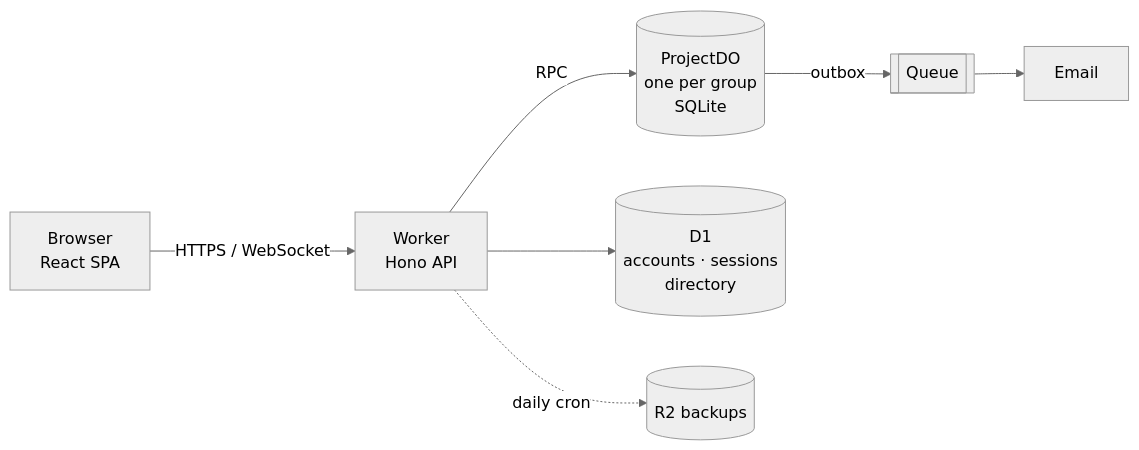
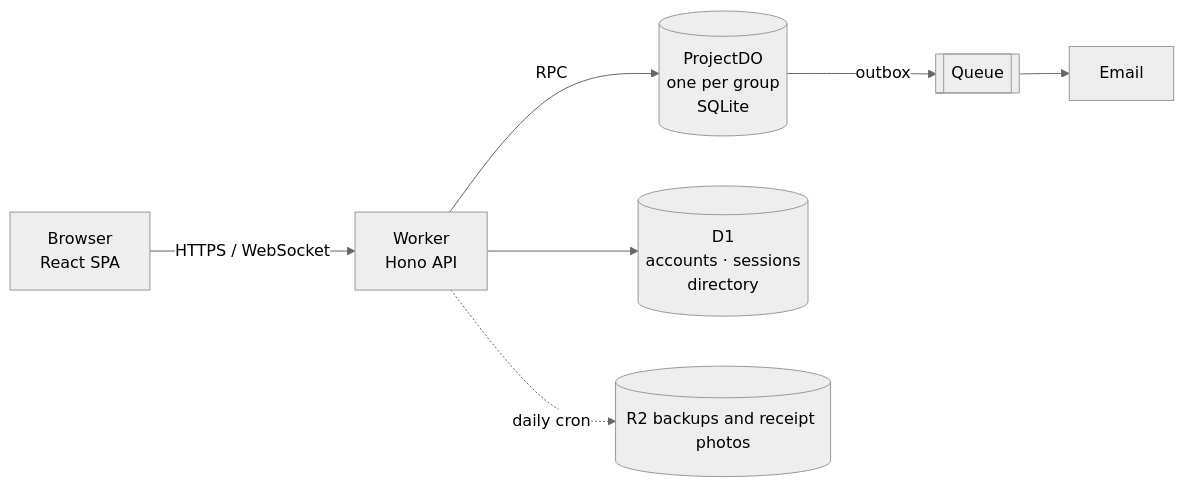
One commit to tajchert/splitdummy changed the diagram in README.md. Above: the diagram before and after it, drawn with Mermaid (neutral theme). The commit also changed 5 other files, not shown here.

Commit message:
docs: notes and receipt photos in the API guide, privacy policy and architecture

````diff
--- a/README.md
+++ b/README.md
@@ -75,8 +75,8 @@
 ```mermaid
 flowchart LR
   B[Browser<br/>React SPA] -- HTTPS / WebSocket --> W[Worker<br/>Hono API]
   W -- RPC --> DO[(ProjectDO<br/>one per group<br/>SQLite)]
   W --> D1[(D1<br/>accounts · sessions<br/>directory)]
   DO -- outbox --> Q[[Queue]] --> E[Email]
-  W -. daily cron .-> R2[(R2 backups)]
+  W -. daily cron .-> R2[(R2 backups and receipt photos)]
 ```
````
